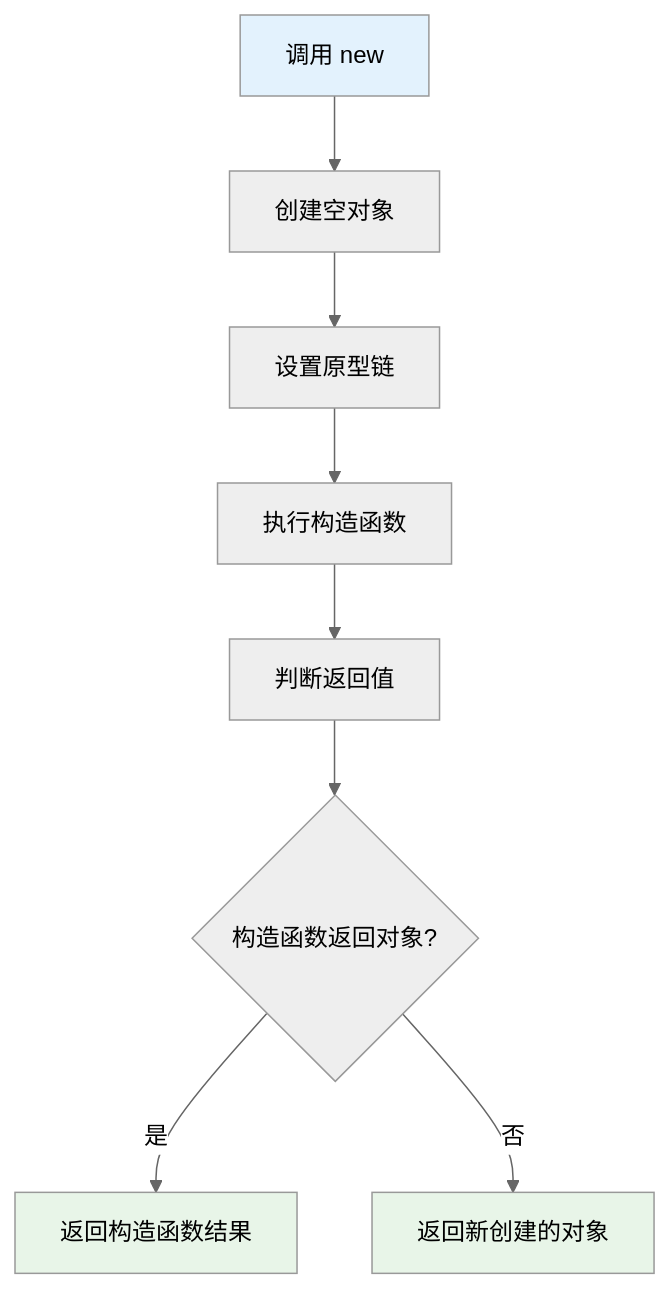
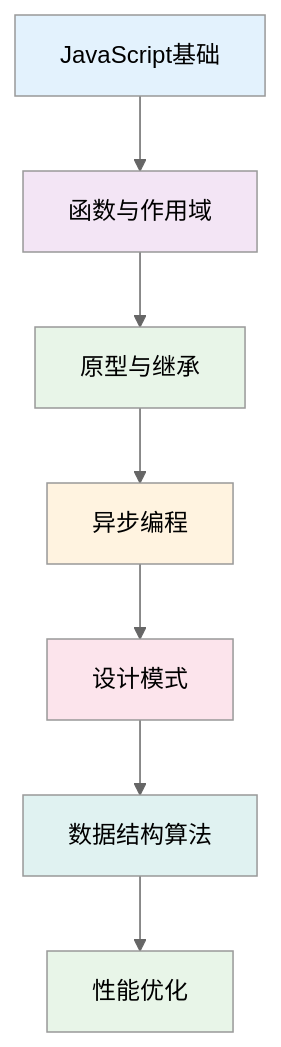
One commit to jinxi1334640772/jinxi1334640772.github.io changed the diagram in docs/tools/questions/handwrite.md. Above: the diagram before and after it, drawn with Mermaid (neutral theme). The commit also changed other lines of this file and 16 other files, not shown here.

````diff
--- a/docs/tools/questions/handwrite.md
+++ b/docs/tools/questions/handwrite.md
@@ -36,14 +40,17 @@
 ```mermaid
 graph TD
-    A[调用 new] --> B[创建空对象]
-    B --> C[设置原型链]
-    C --> D[执行构造函数]
-    D --> E[判断返回值]
-    E --> F{构造函数返回对象?}
-    F -->|是| G[返回构造函数结果]
-    F -->|否| H[返回新创建的对象]
+    A[JavaScript基础] --> B[函数与作用域]
+    B --> C[原型与继承]
+    C --> D[异步编程]
+    D --> E[设计模式]
+    E --> F[数据结构算法]
+    F --> G[性能优化]
     
     style A fill:#e3f2fd
+    style B fill:#f3e5f5
+    style C fill:#e8f5e8
+    style D fill:#fff3e0
+    style E fill:#fce4ec
+    style F fill:#e0f2f1
     style G fill:#e8f5e8
-    style H fill:#e8f5e8
 ```
````
